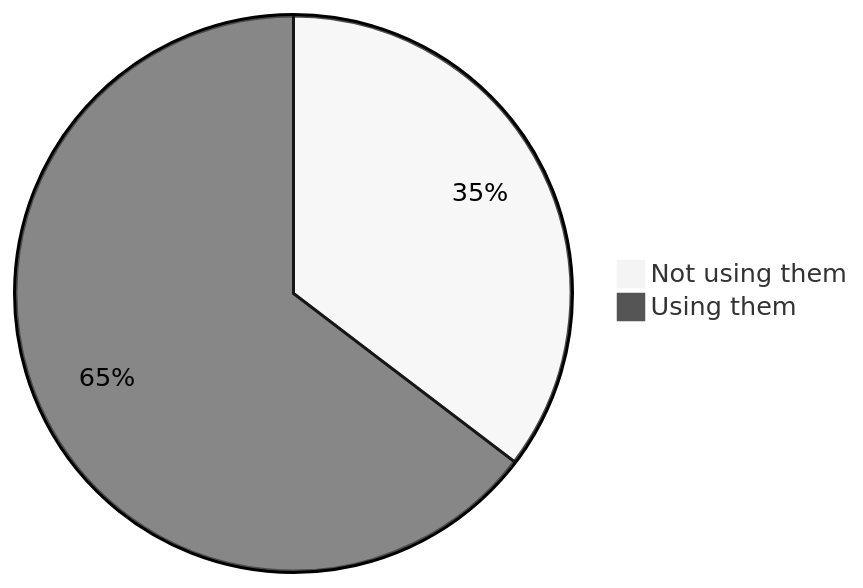
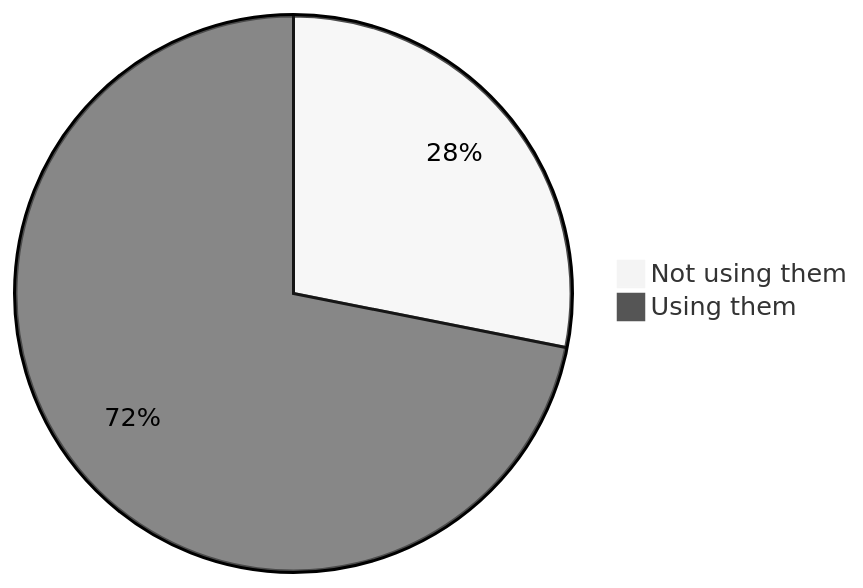
Before and after one commit to oshp/oshp-stats: the first of 22 diagrams in stats.md, drawn with Mermaid (neutral theme). The commit also changed other lines of this file, not shown here.

````diff
--- a/stats.md
+++ b/stats.md
@@ -10,6 +10,6 @@
 ```mermaid
 pie
-	"Not using them" : 35.36
-	"Using them" : 64.64
+	"Not using them" : 28.12
+	"Using them" : 71.88
 
 ```
````
